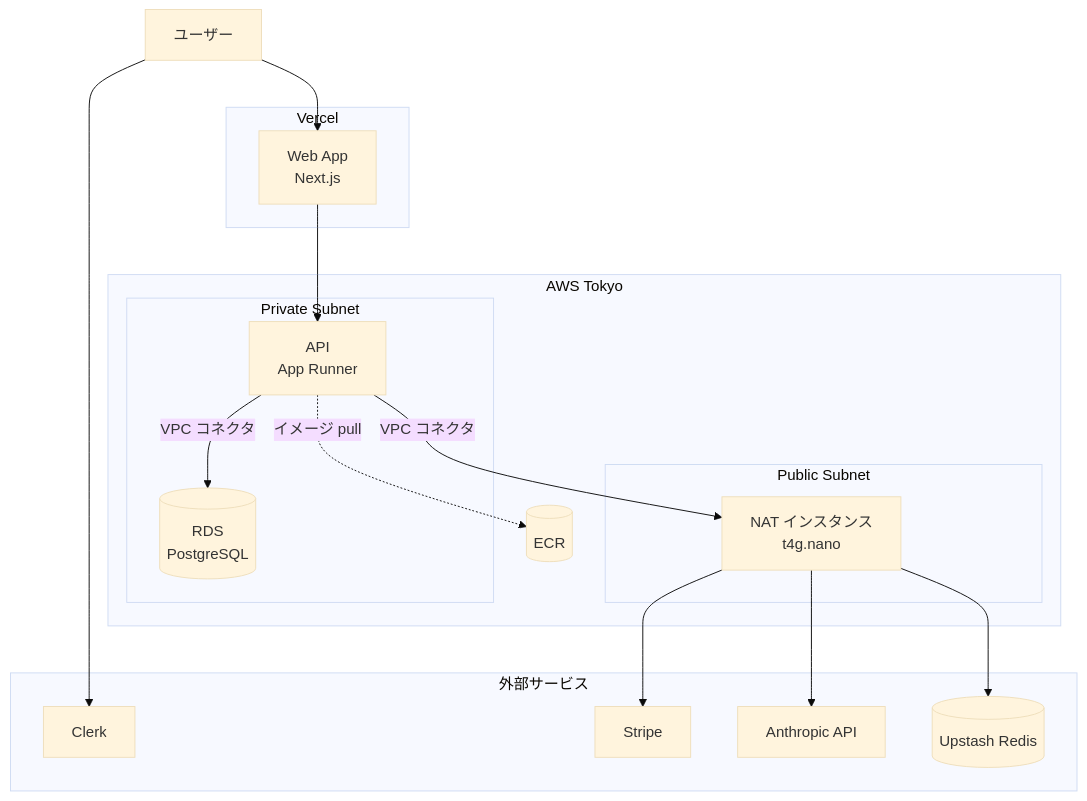
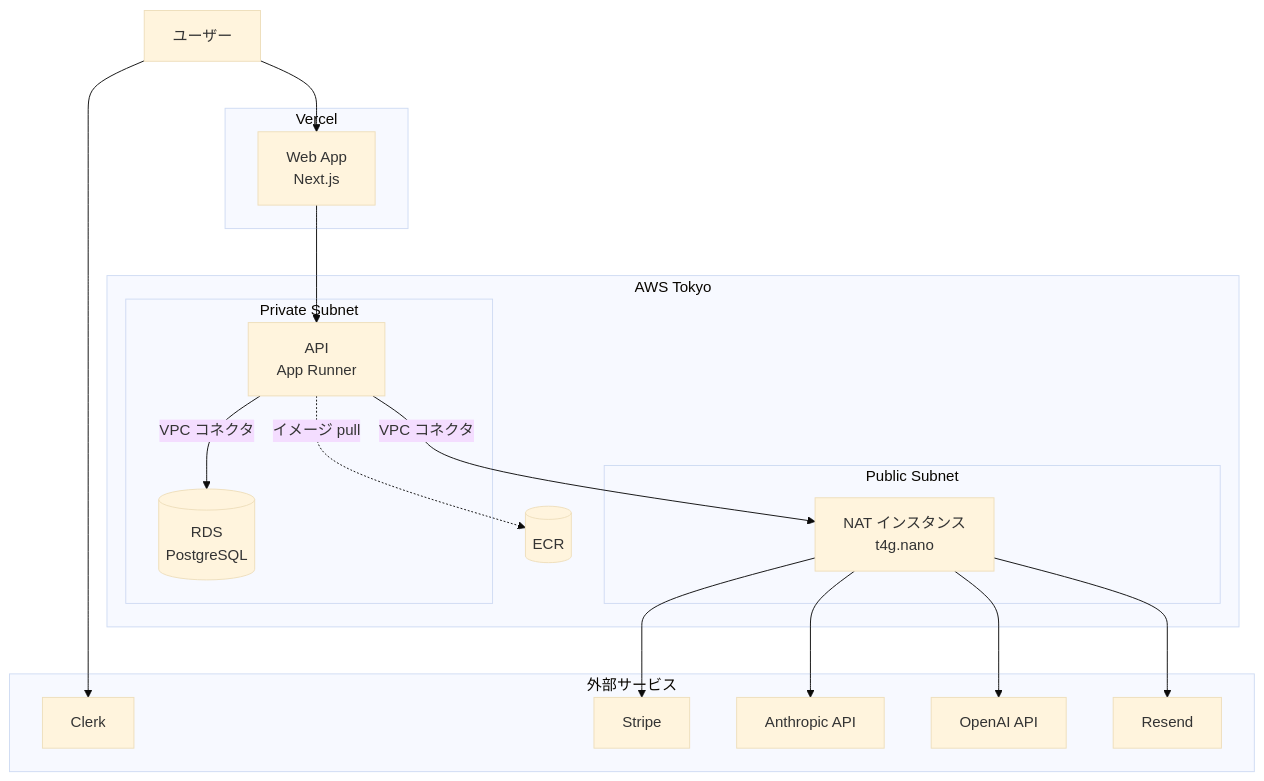
The diagram in docs/infrastructure-cost.md (shintarokono-engineer/ship-yard), drawn with Mermaid (base theme) before and after one commit. The commit also changed other lines of this file and 1 other file, not shown here.

````diff
--- a/docs/infrastructure-cost.md
+++ b/docs/infrastructure-cost.md
@@ -36,36 +38,38 @@
 ```mermaid
 flowchart TB
     User[ユーザー]
 
     subgraph Vercel
         Web[Web App<br/>Next.js]
     end
 
     subgraph AWS["AWS Tokyo"]
         subgraph Public["Public Subnet"]
             NAT[NAT インスタンス<br/>t4g.nano]
         end
         subgraph Private["Private Subnet"]
             API[API<br/>App Runner]
             RDS[(RDS<br/>PostgreSQL)]
         end
         ECR[(ECR)]
     end
 
     subgraph External["外部サービス"]
         Clerk[Clerk]
         Stripe[Stripe]
         Anthropic[Anthropic API]
-        Upstash[(Upstash Redis)]
+        OpenAI[OpenAI API]
+        Resend[Resend]
     end
 
     User --> Web
     User --> Clerk
     Web --> API
     API -->|VPC コネクタ| RDS
     API -->|VPC コネクタ| NAT
     NAT --> Anthropic
+    NAT --> OpenAI
     NAT --> Stripe
-    NAT --> Upstash
+    NAT --> Resend
     API -.イメージ pull.-> ECR
 ```
````
